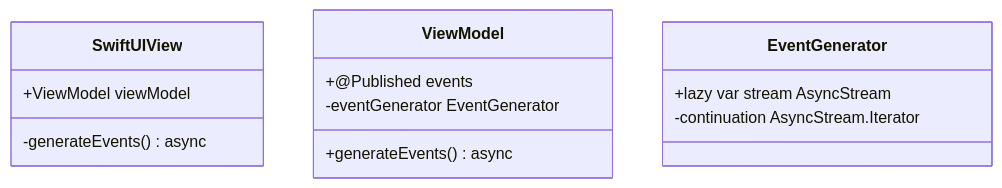
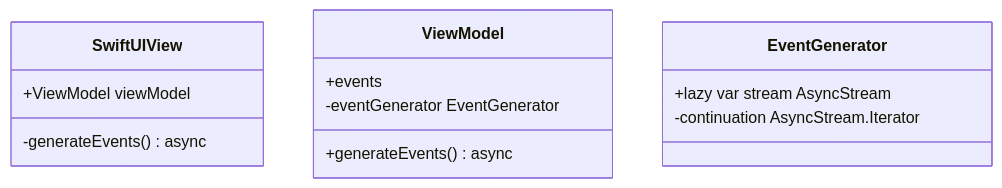
One commit to pakirby1/AsynchronousProgramming changed the ninth of 20 diagrams in AsynchronousProgramming/Documentation/AsynchronousProgramming.md. Above: the diagram before and after it, drawn with Mermaid. The commit also changed other lines of this file and 6 other files, not shown here.

````diff
--- a/AsynchronousProgramming/Documentation/AsynchronousProgramming.md
+++ b/AsynchronousProgramming/Documentation/AsynchronousProgramming.md
@@ -801,11 +812,11 @@
 ```mermaid
 classDiagram
     class SwiftUIView
     SwiftUIView : -generateEvents() async
     SwiftUIView : +ViewModel viewModel
     ViewModel : +generateEvents() async
-    ViewModel : +@Published events
+    ViewModel : +events
     ViewModel : -eventGenerator EventGenerator
     EventGenerator : +lazy var stream AsyncStream
     EventGenerator : -continuation AsyncStream.Iterator
 ```
````
